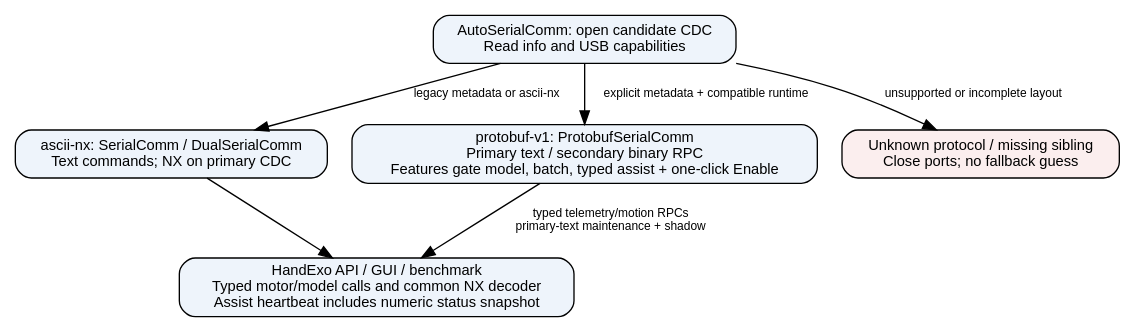
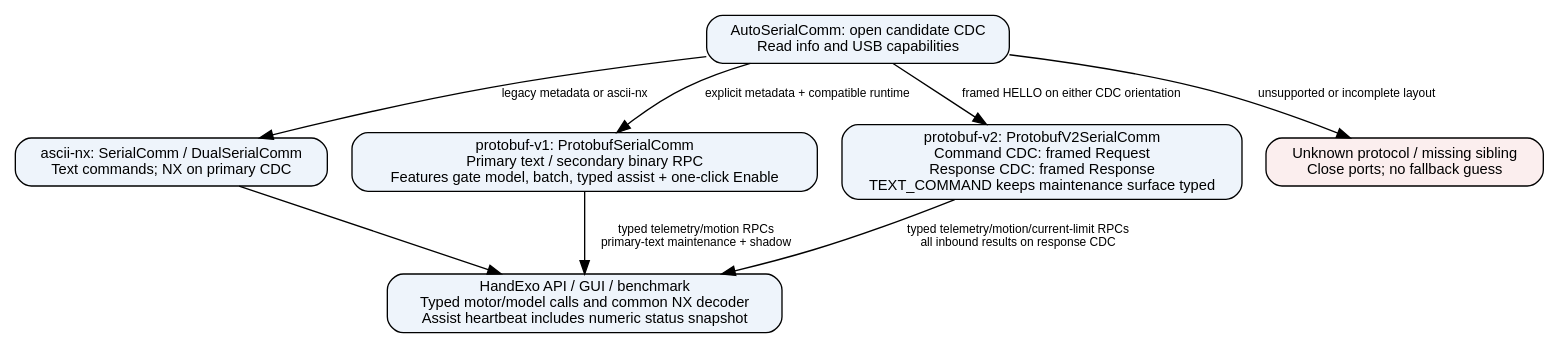
The diagram in docs/figures/usb_protocol_discovery.dot (Neuro-Mechatronics-Interfaces/NML_Hand_Exo), drawn with Graphviz before and after one commit. The commit also changed 28 other files, not shown here.

```diff
--- a/docs/figures/usb_protocol_discovery.dot
+++ b/docs/figures/usb_protocol_discovery.dot
@@ -1,15 +1,18 @@
 digraph usb_protocol {
   rankdir=TB;
   node [shape=box, style="rounded,filled", fillcolor="#eef4fb", fontname="Helvetica", fontsize=11];
   edge [fontname="Helvetica", fontsize=9];
   DISCOVER [label="AutoSerialComm: open candidate CDC\nRead info and USB capabilities"];
   LEGACY [label="ascii-nx: SerialComm / DualSerialComm\nText commands; NX on primary CDC"];
   BINARY [label="protobuf-v1: ProtobufSerialComm\nPrimary text / secondary binary RPC\nFeatures gate model, batch, typed assist + one-click Enable"];
+  V2 [label="protobuf-v2: ProtobufV2SerialComm\nCommand CDC: framed Request\nResponse CDC: framed Response\nTEXT_COMMAND keeps maintenance surface typed"];
   REJECT [label="Unknown protocol / missing sibling\nClose ports; no fallback guess", fillcolor="#fbeeee"];
   SDK [label="HandExo API / GUI / benchmark\nTyped motor/model calls and common NX decoder\nAssist heartbeat includes numeric status snapshot"];
   DISCOVER -> LEGACY [label="legacy metadata or ascii-nx"];
   DISCOVER -> BINARY [label="explicit metadata + compatible runtime"];
+  DISCOVER -> V2 [label="framed HELLO on either CDC orientation"];
   DISCOVER -> REJECT [label="unsupported or incomplete layout"];
   LEGACY -> SDK;
   BINARY -> SDK [label="typed telemetry/motion RPCs\nprimary-text maintenance + shadow"];
+  V2 -> SDK [label="typed telemetry/motion/current-limit RPCs\nall inbound results on response CDC"];
 }
```
